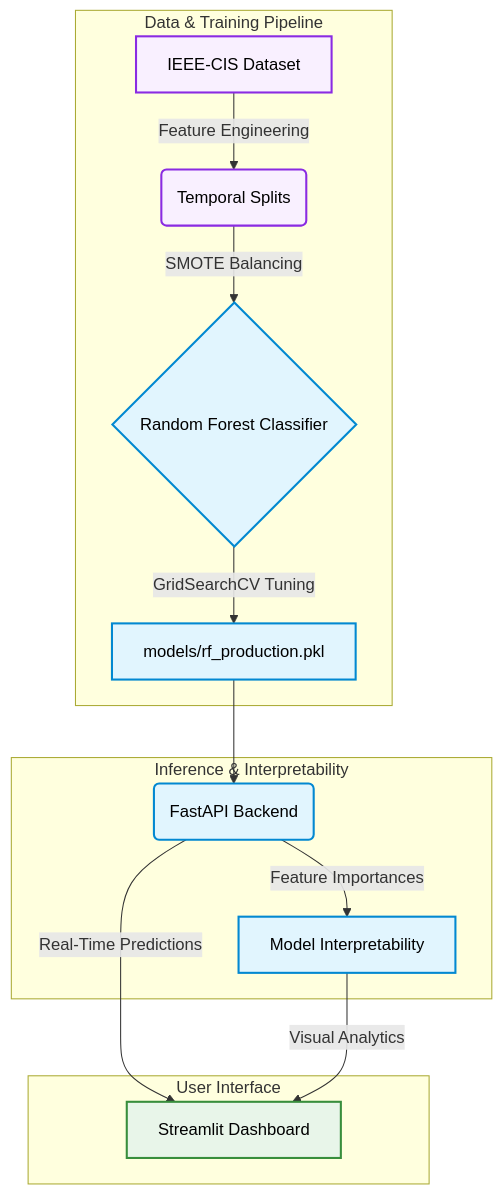
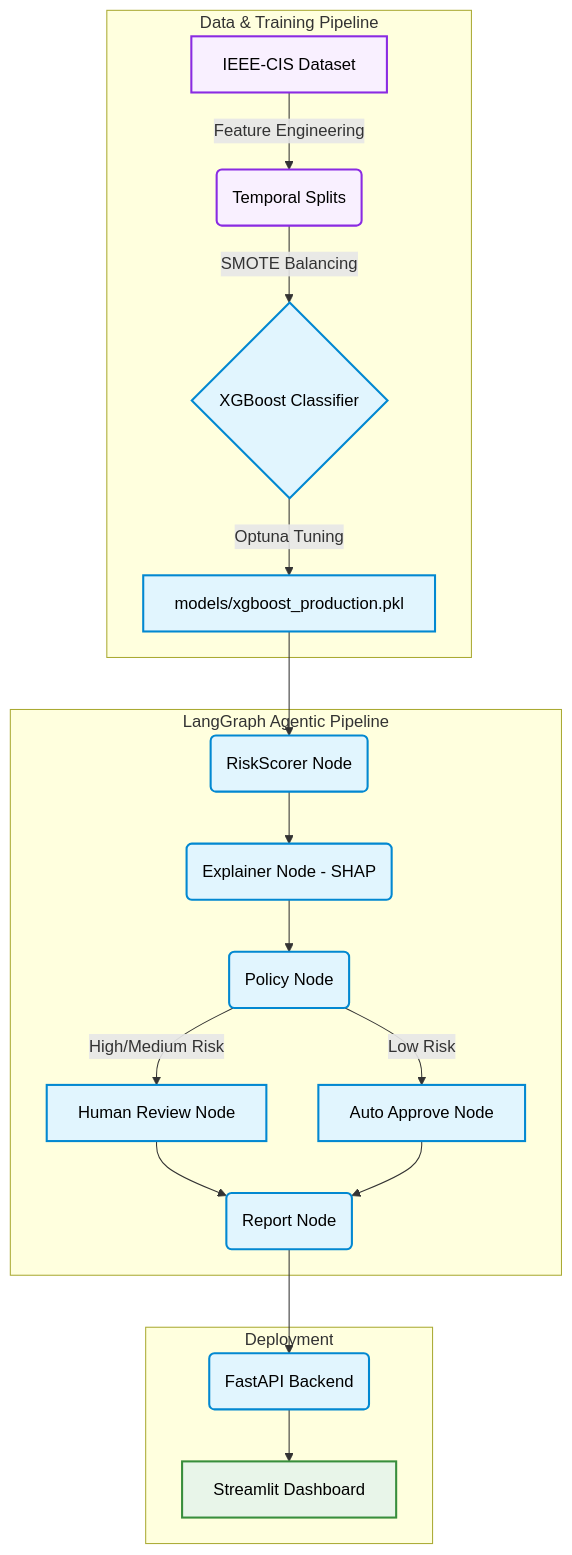
Before and after one commit to aryan11singh/Agentic-Fraud-Sentinel: the diagram in README.md, drawn with Mermaid. The commit also changed other lines of this file, not shown here.

Commit message:
Update README to match actual codebase: XGBoost, SHAP, Optuna, LangGraph

````diff
--- a/README.md
+++ b/README.md
@@ -18,26 +18,31 @@
 ```mermaid
 graph TD
     subgraph "Data & Training Pipeline"
     A[IEEE-CIS Dataset] -->|Feature Engineering| B(Temporal Splits)
-    B -->|SMOTE Balancing| C{Random Forest Classifier}
-    C -->|GridSearchCV Tuning| D[models/rf_production.pkl]
+    B -->|SMOTE Balancing| C{XGBoost Classifier}
+    C -->|Optuna Tuning| D[models/xgboost_production.pkl]
     end
     
-    subgraph "Inference & Interpretability"
-    D --> E(FastAPI Backend)
-    E -->|Feature Importances| F[Model Interpretability]
+    subgraph "LangGraph Agentic Pipeline"
+    D --> E(RiskScorer Node)
+    E --> F(Explainer Node - SHAP)
+    F --> G(Policy Node)
+    G -->|High/Medium Risk| H[Human Review Node]
+    G -->|Low Risk| I[Auto Approve Node]
+    H --> J(Report Node)
+    I --> J
     end
     
-    subgraph "User Interface"
-    E -->|Real-Time Predictions| G[Streamlit Dashboard]
-    F -->|Visual Analytics| G
+    subgraph "Deployment"
+    J --> K(FastAPI Backend)
+    K --> L[Streamlit Dashboard]
     end
     
     classDef data fill:#f9f0ff,stroke:#8a2be2,stroke-width:2px,color:#000;
     classDef core fill:#e1f5fe,stroke:#0288d1,stroke-width:2px,color:#000;
     classDef ui fill:#e8f5e9,stroke:#388e3c,stroke-width:2px,color:#000;
     
     class A,B data;
-    class C,D,E,F core;
-    class G ui;
+    class C,D,E,F,G,H,I,J,K core;
+    class L ui;
 ```
````
